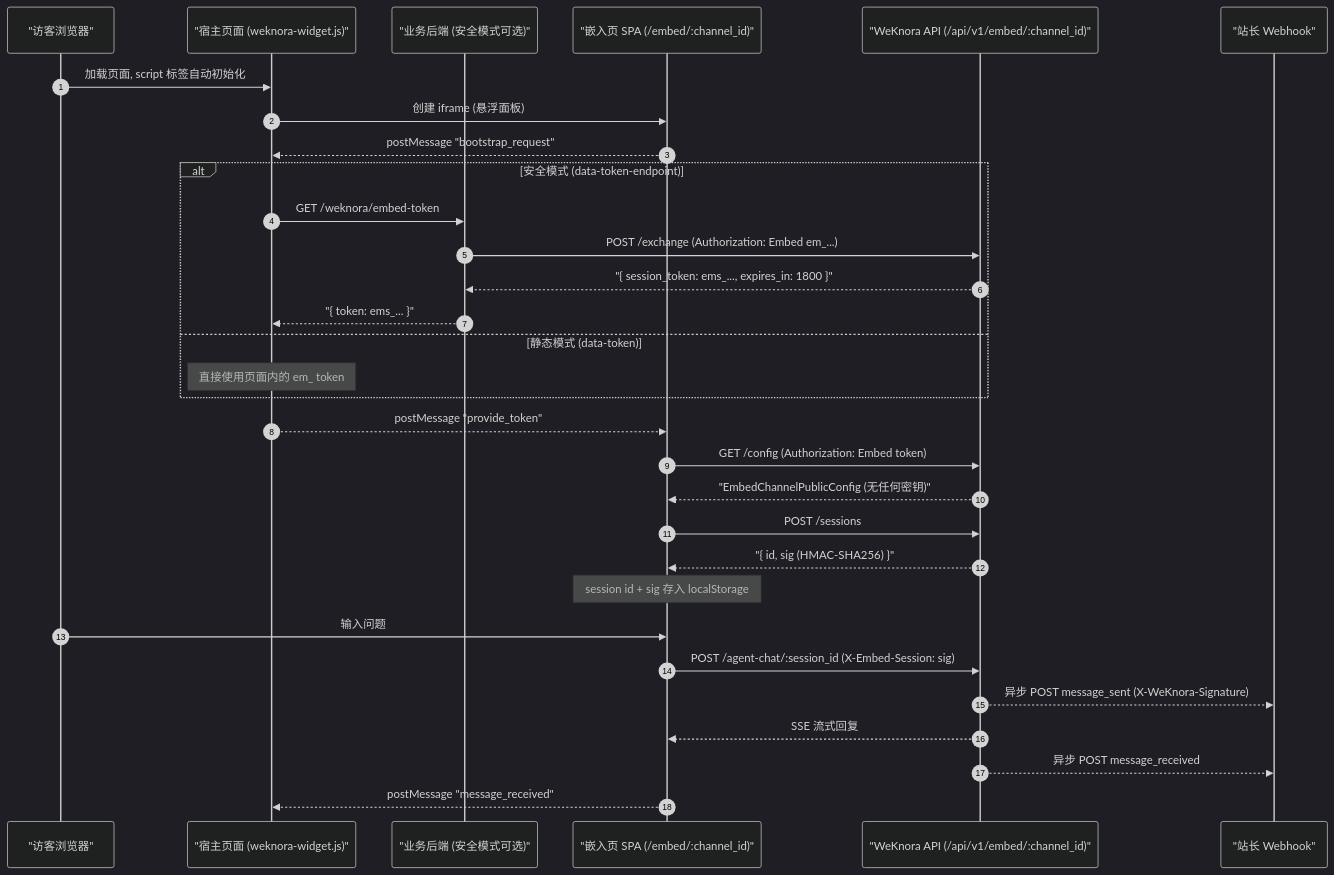
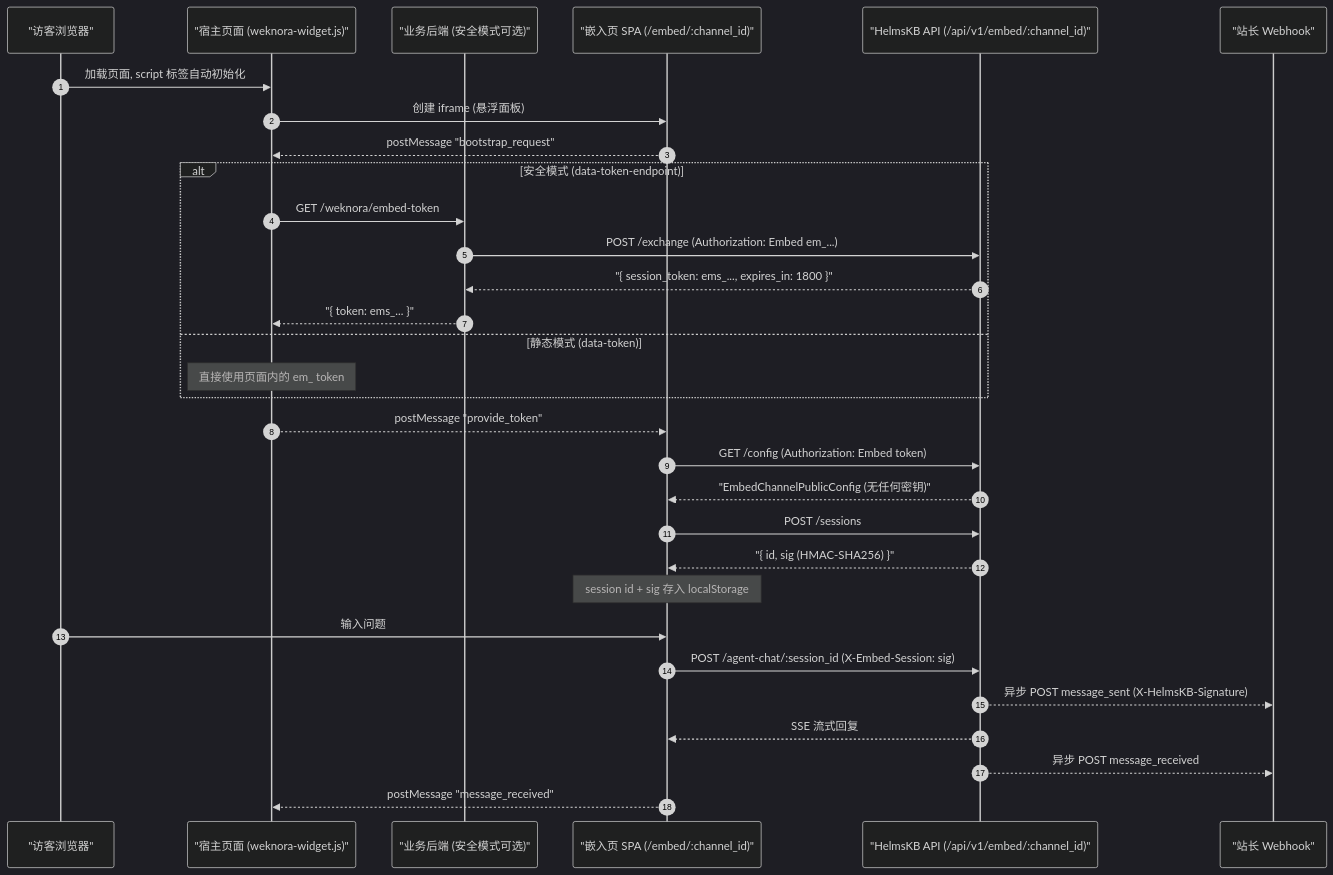
The diagram in website-docs/03-features/13-embed-channel.md (raylu798-art/HelmsKB), drawn with Mermaid (dark theme) before and after one commit. The commit also changed other lines of this file and 50 other files, not shown here.

````diff
--- a/website-docs/03-features/13-embed-channel.md
+++ b/website-docs/03-features/13-embed-channel.md
@@ -270,34 +270,34 @@
 ```mermaid
 sequenceDiagram
     autonumber
     participant Visitor as "访客浏览器"
     participant Host as "宿主页面 (weknora-widget.js)"
     participant Backend as "业务后端 (安全模式可选)"
     participant Iframe as "嵌入页 SPA (/embed/:channel_id)"
-    participant API as "WeKnora API (/api/v1/embed/:channel_id)"
+    participant API as "HelmsKB API (/api/v1/embed/:channel_id)"
     participant Webhook as "站长 Webhook"
 
     Visitor->>Host: 加载页面, script 标签自动初始化
     Host->>Iframe: 创建 iframe (悬浮面板)
     Iframe-->>Host: postMessage "bootstrap_request"
     alt 安全模式 (data-token-endpoint)
         Host->>Backend: GET /weknora/embed-token
         Backend->>API: POST /exchange (Authorization: Embed em_...)
         API-->>Backend: "{ session_token: ems_..., expires_in: 1800 }"
         Backend-->>Host: "{ token: ems_... }"
     else 静态模式 (data-token)
         Note over Host: 直接使用页面内的 em_ token
     end
     Host-->>Iframe: postMessage "provide_token"
     Iframe->>API: GET /config (Authorization: Embed token)
     API-->>Iframe: "EmbedChannelPublicConfig (无任何密钥)"
     Iframe->>API: POST /sessions
     API-->>Iframe: "{ id, sig (HMAC-SHA256) }"
     Note over Iframe: session id + sig 存入 localStorage
     Visitor->>Iframe: 输入问题
     Iframe->>API: POST /agent-chat/:session_id (X-Embed-Session: sig)
-    API-->>Webhook: 异步 POST message_sent (X-WeKnora-Signature)
+    API-->>Webhook: 异步 POST message_sent (X-HelmsKB-Signature)
     API-->>Iframe: SSE 流式回复
     API-->>Webhook: 异步 POST message_received
     Iframe-->>Host: postMessage "message_received"
 ```
````
